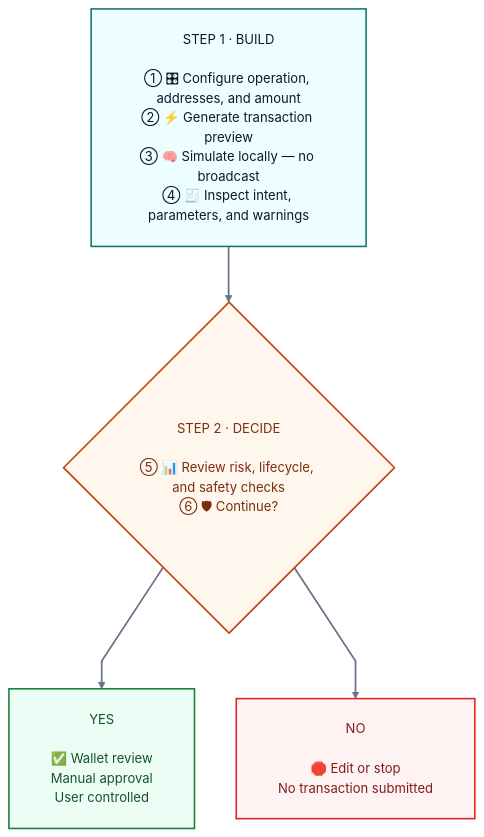
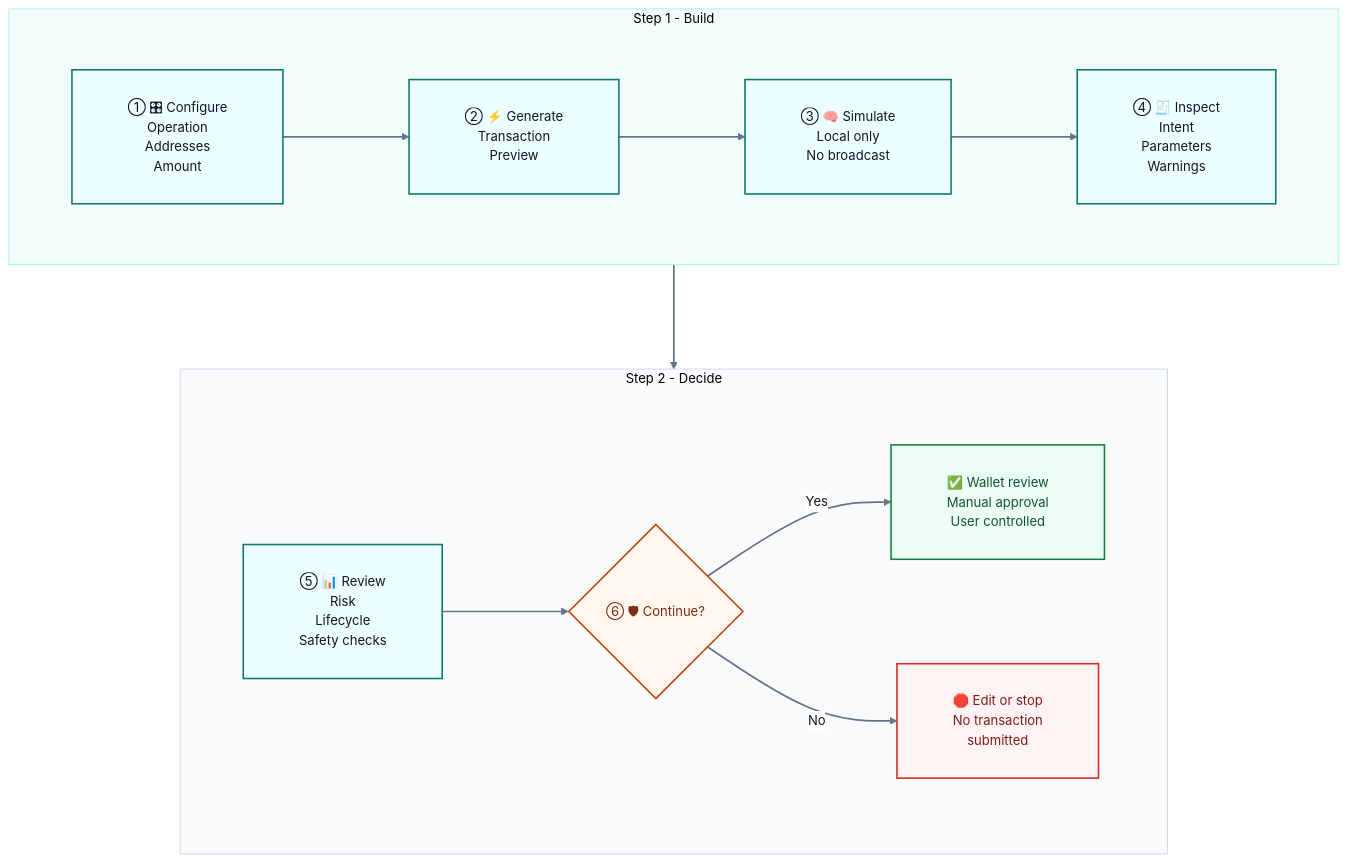
One commit to sunshineluyao/Moss-Mcp-Transaction changed the first of 8 diagrams in README.md. Above: the diagram before and after it, drawn with Mermaid. The commit also changed other lines of this file, not shown here.

First line of the commit message:
Revert "Merge pull request #7 from sunshineluyao/codex/fix-text-visibility-in-mermaid-diagrams"

````diff
--- a/README.md
+++ b/README.md
@@ -153,22 +153,32 @@
 ```mermaid
-%%{init: {'theme':'base','flowchart': {'htmlLabels': true, 'nodeSpacing': 48, 'rankSpacing': 64, 'curve': 'linear', 'padding': 24, 'diagramPadding': 16, 'wrappingWidth': 220},'themeVariables': {'fontFamily':'Inter, Segoe UI, sans-serif','fontSize':'15px','primaryTextColor':'#0f172a','lineColor':'#64748b','clusterBkg':'#f8fafc','clusterBorder':'#cbd5e1','edgeLabelBackground':'#ffffff','primaryBorderColor':'#2563eb','primaryColor':'#eff6ff'}}}%%
+%%{init: {'theme':'base','flowchart': {'htmlLabels': true, 'nodeSpacing': 120, 'rankSpacing': 120, 'curve': 'basis', 'padding': 32, 'diagramPadding': 24, 'wrappingWidth': 260},'themeVariables': {'fontFamily':'Inter, Segoe UI, sans-serif','fontSize':'15px','primaryTextColor':'#0f172a','lineColor':'#64748b','clusterBkg':'#f8fafc','clusterBorder':'#cbd5e1','edgeLabelBackground':'#ffffff','primaryBorderColor':'#2563eb','primaryColor':'#eff6ff'}}}%%
 flowchart TB
-  Build["STEP 1 · BUILD<br/><br/>① 🎛 Configure operation, addresses, and amount<br/>② ⚡ Generate transaction preview<br/>③ 🧠 Simulate locally — no broadcast<br/>④ 🧾 Inspect intent, parameters, and warnings"]
-  Decide{"STEP 2 · DECIDE<br/><br/>⑤ 📊 Review risk, lifecycle, and safety checks<br/>⑥ 🛡 Continue?"}
-  Continue["YES<br/><br/>✅ Wallet review<br/>Manual approval<br/>User controlled"]
-  Stop["NO<br/><br/>🛑 Edit or stop<br/>No transaction submitted"]
+  subgraph R1[Step 1 - Build]
+    direction LR
+    A["① 🎛 Configure<br/>Operation<br/>Addresses<br/>Amount"] --> B["② ⚡ Generate<br/>Transaction<br/>Preview"]
+    B --> C["③ 🧠 Simulate<br/>Local only<br/>No broadcast"]
+    C --> D["④ 🧾 Inspect<br/>Intent<br/>Parameters<br/>Warnings"]
+  end
 
-  Build --> Decide
-  Decide --> Continue
-  Decide --> Stop
+  subgraph R2[Step 2 - Decide]
+    direction LR
+    E["⑤ 📊 Review<br/>Risk<br/>Lifecycle<br/>Safety checks"] --> F{"⑥ 🛡 Continue?"}
+    F -->|Yes| G["✅ Wallet review<br/>Manual approval<br/>User controlled"]
+    F -->|No| H["🛑 Edit or stop<br/>No transaction<br/>submitted"]
+  end
+
+  D --> E
 
   classDef main fill:#ecfeff,stroke:#0f766e,stroke-width:1.8px,color:#0f172a;
   classDef decision fill:#fff7ed,stroke:#c2410c,stroke-width:1.8px,color:#7c2d12;
   classDef success fill:#ecfdf5,stroke:#15803d,stroke-width:1.8px,color:#14532d;
   classDef stop fill:#fef2f2,stroke:#dc2626,stroke-width:1.8px,color:#7f1d1d;
-  class Build main;
-  class Decide decision;
-  class Continue success;
-  class Stop stop;
+
+  class A,B,C,D,E main;
+  class F decision;
+  class G success;
+  class H stop;
+  style R1 fill:#f0fdfa,stroke:#99f6e4,stroke-width:1px
+  style R2 fill:#f8fafc,stroke:#cbd5e1,stroke-width:1px
   linkStyle default stroke:#64748b,stroke-width:2px;
 ```
````
